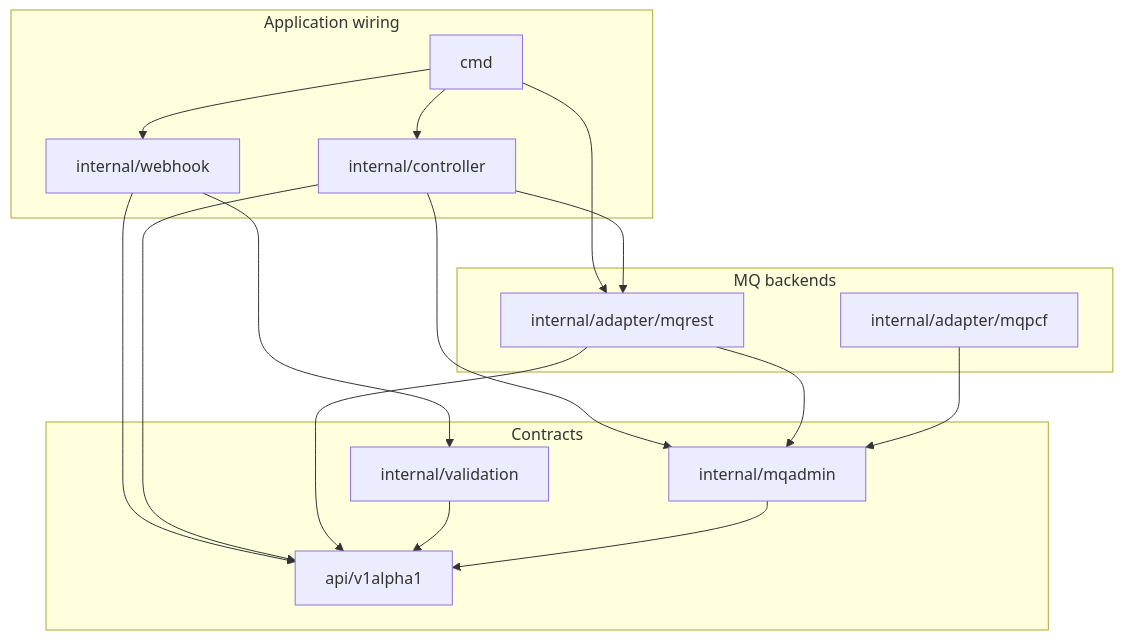
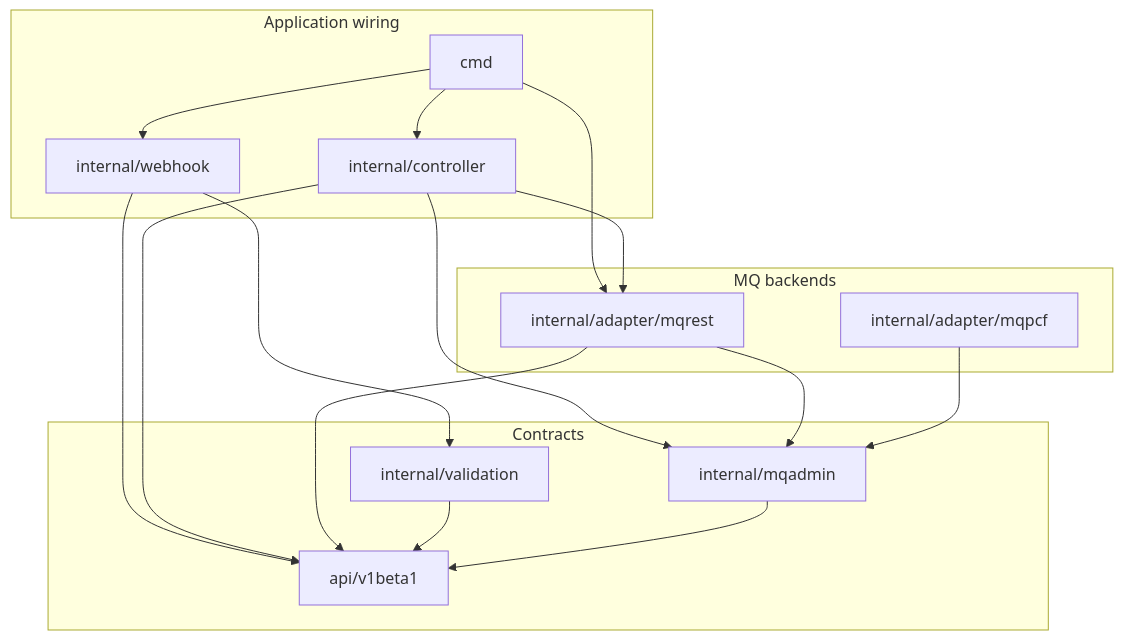
Before and after one commit to PlatformRelay/MKurator: the first of 2 diagrams in docs/GO_MODULE.md, drawn with Mermaid. The commit also changed other lines of this file and 1 other file, not shown here.

First line of the commit message:
:memo: docs: scrub deleted v1alpha1/conversion-fuzz refs from CICD + GO_MODULE (8e-10)

````diff
--- a/docs/GO_MODULE.md
+++ b/docs/GO_MODULE.md
@@ -56,30 +56,30 @@
 ```mermaid
 flowchart TB
   subgraph outer [Application wiring]
     cmd["cmd"]
     wh["internal/webhook"]
     ctrl["internal/controller"]
   end
   subgraph adapters [MQ backends]
     rest["internal/adapter/mqrest"]
     pcf["internal/adapter/mqpcf"]
   end
   subgraph core [Contracts]
-    api["api/v1alpha1"]
+    api["api/v1beta1"]
     port["internal/mqadmin"]
     val["internal/validation"]
   end
   cmd --> ctrl
   cmd --> wh
   cmd --> rest
   wh --> val
   wh --> api
   ctrl --> port
   ctrl --> rest
   ctrl --> api
   rest --> port
   rest --> api
   pcf --> port
   val --> api
   port --> api
 ```
````
